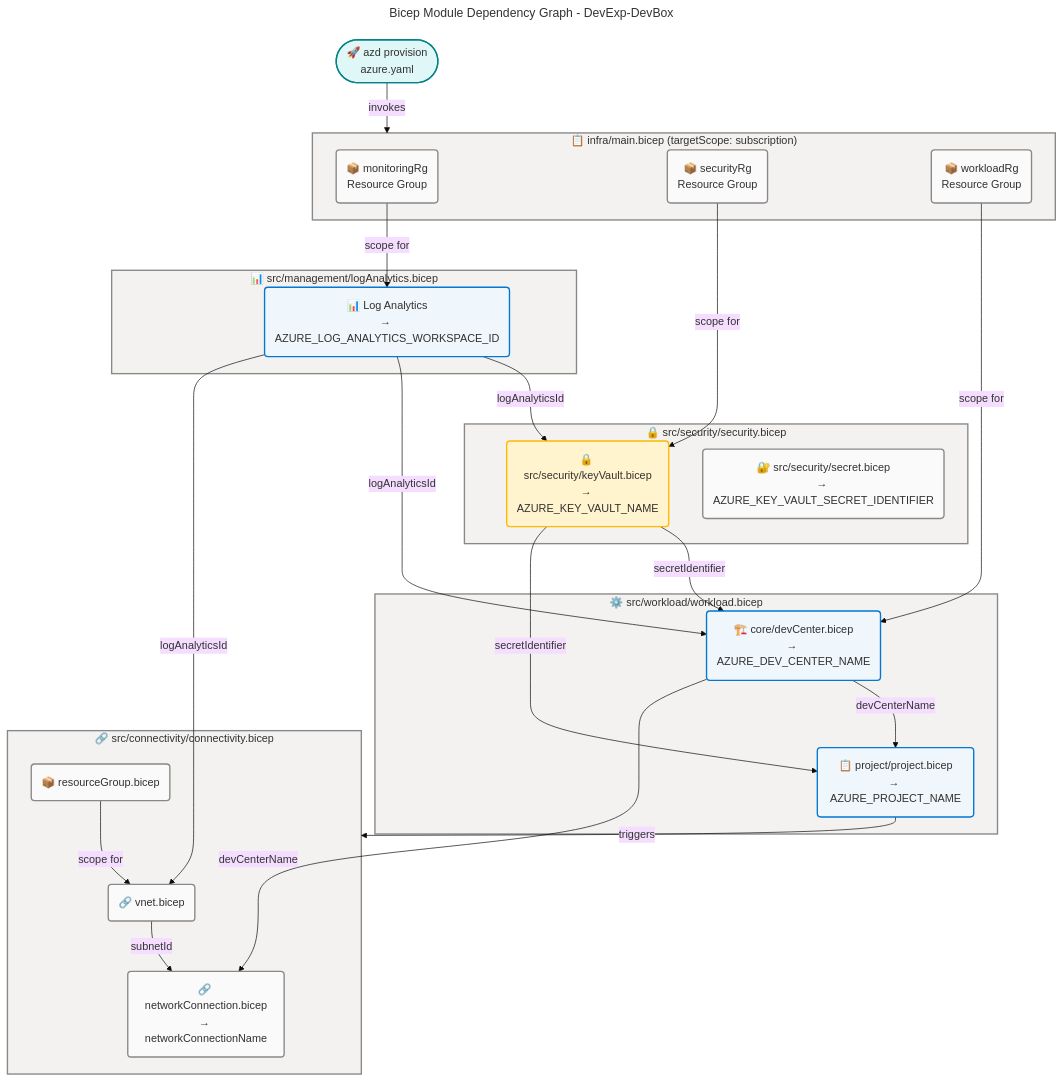
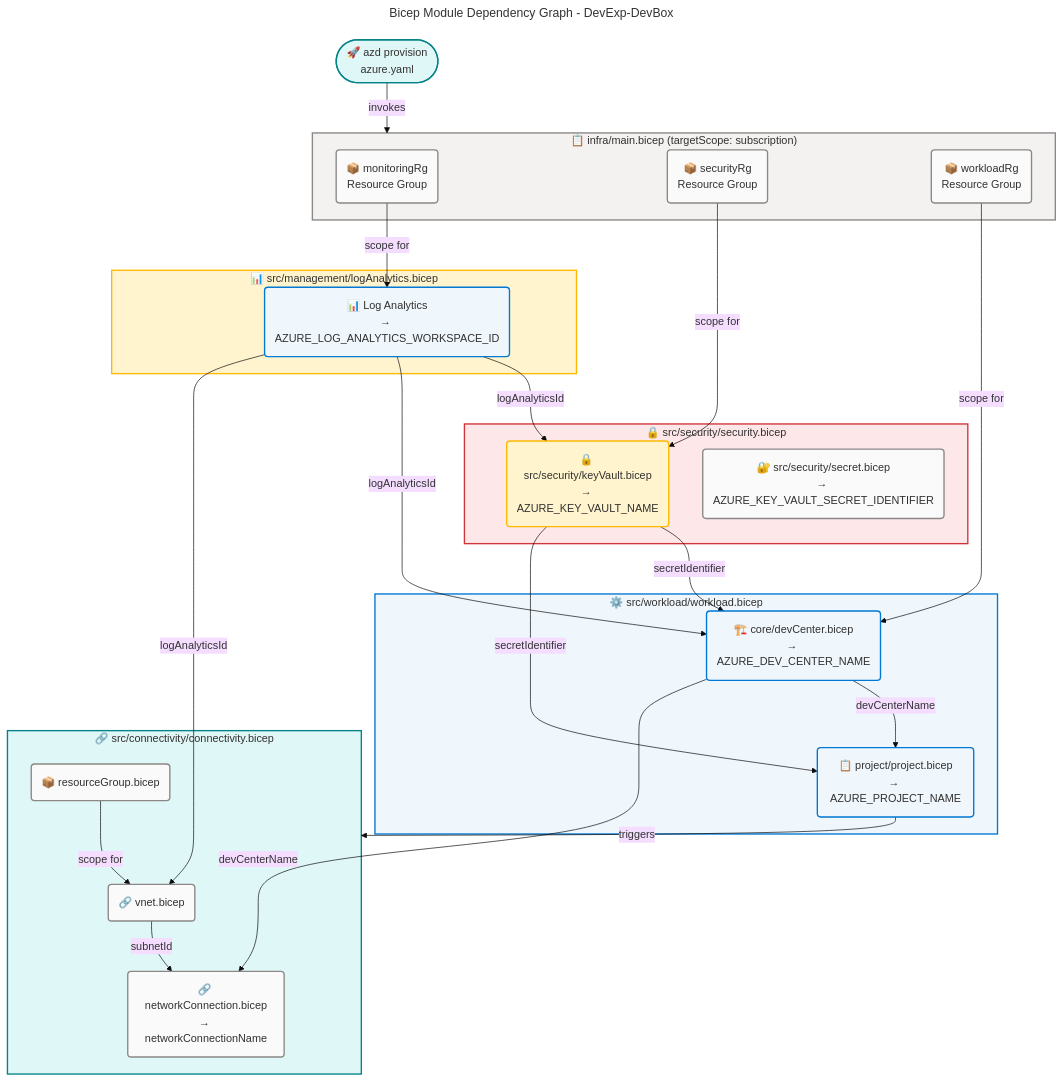
One commit to Evilazaro/DevExp-DevBox changed the sixth of 6 diagrams in docs/architecture/technology-architecture.md. Above: the diagram before and after it, drawn with Mermaid. The commit also changed other lines of this file, not shown here.

Commit message:
refactor: Update Mermaid diagram styles for improved visual clarity in technology architecture documentation

````diff
--- a/docs/architecture/technology-architecture.md
+++ b/docs/architecture/technology-architecture.md
@@ -1185,82 +1185,82 @@
 ```mermaid
 ---
 title: Bicep Module Dependency Graph - DevExp-DevBox
 config:
   theme: base
   look: classic
   layout: dagre
   themeVariables:
     fontSize: '16px'
   flowchart:
     htmlLabels: true
 ---
 flowchart TB
     accTitle: Bicep Module Dependency Graph - DevExp-DevBox
     accDescr: Directed acyclic graph showing all Bicep module dependencies and the data outputs passed between them during azd provision execution
 
     %% ═══════════════════════════════════════════════════════════════════════════
     %% AZURE / FLUENT ARCHITECTURE PATTERN v1.1
     %% (Semantic + Structural + Font + Accessibility Governance)
     %% ═══════════════════════════════════════════════════════════════════════════
     %% PHASE 1 - FLUENT UI: All styling uses approved Fluent UI palette only
     %% PHASE 2 - GROUPS: Every subgraph has semantic color via style directive
     %% PHASE 3 - COMPONENTS: Every node has semantic classDef + icon prefix
     %% PHASE 4 - ACCESSIBILITY: accTitle/accDescr present, WCAG AA contrast
     %% PHASE 5 - STANDARD: Governance block present, classDefs centralized
     %% ═══════════════════════════════════════════════════════════════════════════
 
     AZD(["🚀 azd provision<br/>azure.yaml"]):::external
 
     subgraph EntryPoint["📋 infra/main.bicep (targetScope: subscription)"]
         RG_MON("📦 monitoringRg<br/>Resource Group"):::neutral
         RG_SEC("📦 securityRg<br/>Resource Group"):::neutral
         RG_WL("📦 workloadRg<br/>Resource Group"):::neutral
     end
 
     subgraph MonitoringMod["📊 src/management/logAnalytics.bicep"]
         LA("📊 Log Analytics<br/>→ AZURE_LOG_ANALYTICS_WORKSPACE_ID"):::core
     end
 
     subgraph SecurityMod["🔒 src/security/security.bicep"]
         KV("🔒 src/security/keyVault.bicep<br/>→ AZURE_KEY_VAULT_NAME"):::warning
         SEC("🔐 src/security/secret.bicep<br/>→ AZURE_KEY_VAULT_SECRET_IDENTIFIER"):::neutral
     end
 
     subgraph WorkloadMod["⚙️ src/workload/workload.bicep"]
         DC("🏗️ core/devCenter.bicep<br/>→ AZURE_DEV_CENTER_NAME"):::core
         Proj("📋 project/project.bicep<br/>→ AZURE_PROJECT_NAME"):::core
     end
 
     subgraph ConnMod["🔗 src/connectivity/connectivity.bicep"]
         VNet("🔗 vnet.bicep"):::neutral
         NetConn("🔗 networkConnection.bicep<br/>→ networkConnectionName"):::neutral
         RG_Conn("📦 resourceGroup.bicep"):::neutral
     end
 
     AZD -->|"invokes"| EntryPoint
     RG_MON -->|"scope for"| LA
     RG_SEC -->|"scope for"| KV
     RG_WL -->|"scope for"| DC
     LA -->|"logAnalyticsId"| KV
     LA -->|"logAnalyticsId"| DC
     LA -->|"logAnalyticsId"| VNet
     KV -->|"secretIdentifier"| DC
     KV -->|"secretIdentifier"| Proj
     DC -->|"devCenterName"| Proj
     DC -->|"devCenterName"| NetConn
     Proj -->|"triggers"| ConnMod
     VNet -->|"subnetId"| NetConn
     RG_Conn -->|"scope for"| VNet
 
     %% Centralized classDefs
     classDef neutral fill:#FAFAFA,stroke:#8A8886,stroke-width:2px,color:#323130
     classDef core fill:#EFF6FC,stroke:#0078D4,stroke-width:2px,color:#323130
     classDef warning fill:#FFF4CE,stroke:#FFB900,stroke-width:2px,color:#323130
     classDef external fill:#E0F7F7,stroke:#038387,stroke-width:2px,color:#323130
 
     style EntryPoint fill:#F3F2F1,stroke:#8A8886,stroke-width:2px,color:#323130
-    style MonitoringMod fill:#F3F2F1,stroke:#8A8886,stroke-width:2px,color:#323130
-    style SecurityMod fill:#F3F2F1,stroke:#8A8886,stroke-width:2px,color:#323130
-    style WorkloadMod fill:#F3F2F1,stroke:#8A8886,stroke-width:2px,color:#323130
-    style ConnMod fill:#F3F2F1,stroke:#8A8886,stroke-width:2px,color:#323130
+    style MonitoringMod fill:#FFF4CE,stroke:#FFB900,stroke-width:2px,color:#323130
+    style SecurityMod fill:#FDE7E9,stroke:#D13438,stroke-width:2px,color:#323130
+    style WorkloadMod fill:#EFF6FC,stroke:#0078D4,stroke-width:2px,color:#323130
+    style ConnMod fill:#E0F7F7,stroke:#038387,stroke-width:2px,color:#323130
 ```
````
